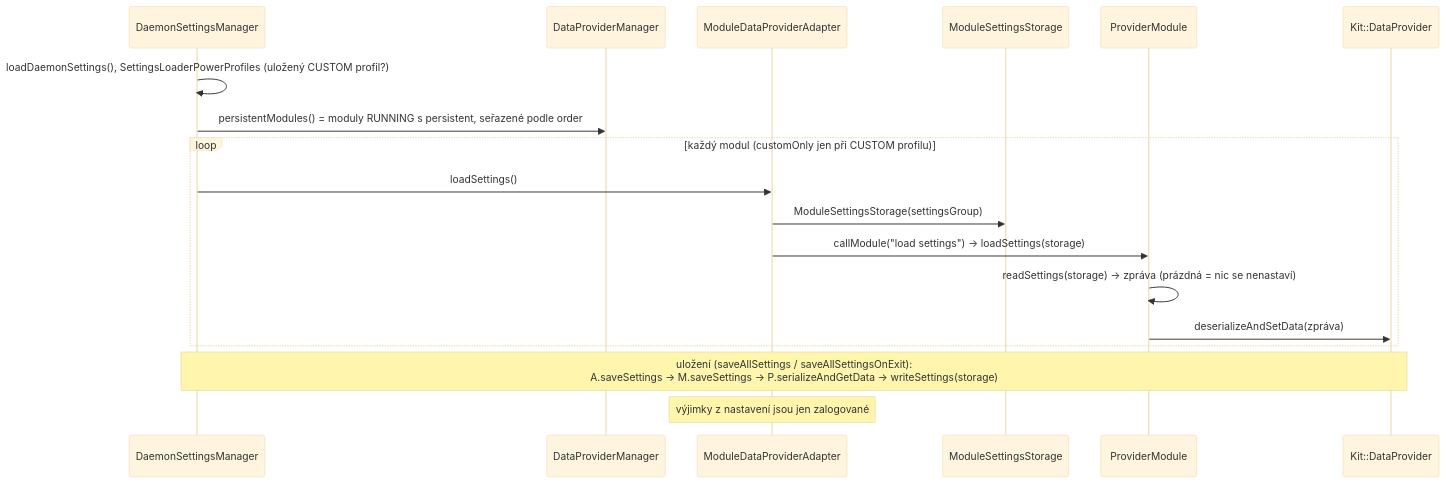
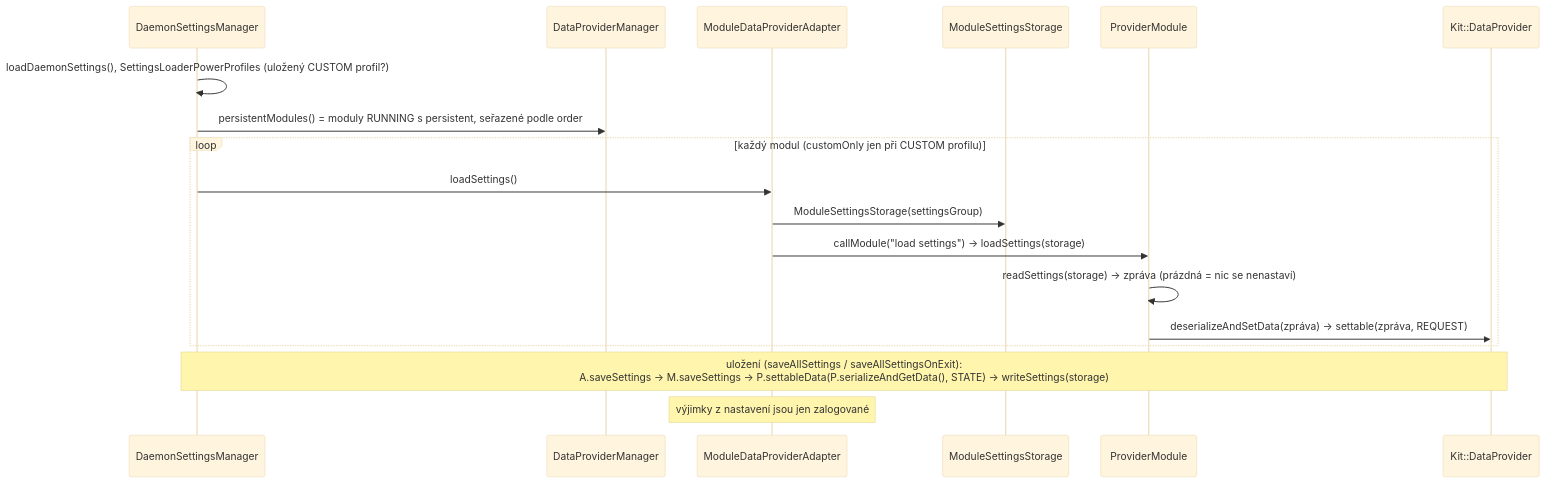
Before and after one commit to bolekjar/lenovo-legion-linux-toolkit: the seventh of 7 diagrams in LenovoLegion/LenovoLegion-Daemon/ModulesDesign.md, drawn with Mermaid (base theme). The commit also changed other lines of this file and 40 other files, not shown here.

First line of the commit message:
Write and save only settable values in daemon modules

````diff
--- a/LenovoLegion/LenovoLegion-Daemon/ModulesDesign.md
+++ b/LenovoLegion/LenovoLegion-Daemon/ModulesDesign.md
@@ -930,21 +931,21 @@
 ```mermaid
 sequenceDiagram
     participant DSM as DaemonSettingsManager
     participant DPM as DataProviderManager
     participant A as ModuleDataProviderAdapter
     participant S as ModuleSettingsStorage
     participant M as ProviderModule
     participant P as Kit::DataProvider
 
     DSM->>DSM: loadDaemonSettings(), SettingsLoaderPowerProfiles (uložený CUSTOM profil?)
     DSM->>DPM: persistentModules() = moduly RUNNING s persistent, seřazené podle order
     loop každý modul (customOnly jen při CUSTOM profilu)
         DSM->>A: loadSettings()
         A->>S: ModuleSettingsStorage(settingsGroup)
         A->>M: callModule("load settings") → loadSettings(storage)
         M->>M: readSettings(storage) → zpráva (prázdná = nic se nenastaví)
-        M->>P: deserializeAndSetData(zpráva)
+        M->>P: deserializeAndSetData(zpráva) → settable(zpráva, REQUEST)
     end
-    Note over DSM,P: uložení (saveAllSettings / saveAllSettingsOnExit):<br/>A.saveSettings → M.saveSettings → P.serializeAndGetData → writeSettings(storage)
+    Note over DSM,P: uložení (saveAllSettings / saveAllSettingsOnExit):<br/>A.saveSettings → M.saveSettings → P.settableData(P.serializeAndGetData(), STATE) → writeSettings(storage)
     Note over A: výjimky z nastavení jsou jen zalogované
 ```
````
